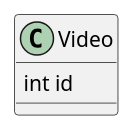
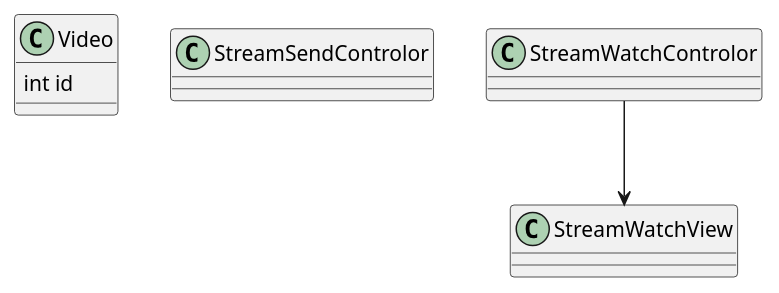
Before and after one commit to kazogihara/Spies: the diagram in 01_doc/03_Class/class_diagram.md, drawn with PlantUML. The commit also changed 5 other files, not shown here.

Commit message:
add architecture

```diff
--- a/01_doc/03_Class/class_diagram.md
+++ b/01_doc/03_Class/class_diagram.md
@@ -1,5 +1,16 @@
 @startuml
 class Video{
     int id
 }
+class StreamSendControlor{
+
+}
+class StreamWatchControlor{
+
+}
+class StreamWatchView{
+
+}
+
+StreamWatchControlor --> StreamWatchView
 @enduml
```
